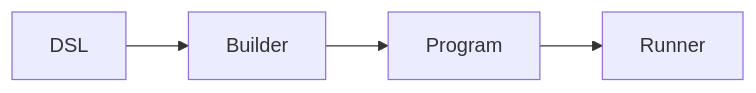
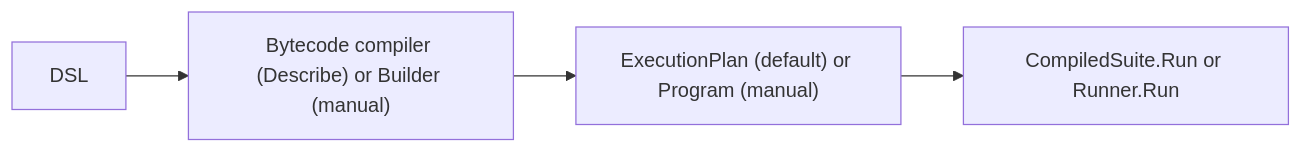
The first of 4 diagrams in docs/EXECUTION_MODEL.md (getsyntegrity/go-specs), drawn with Mermaid before and after one commit. The commit also changed other lines of this file and 17 other files, not shown here.

````diff
--- a/docs/EXECUTION_MODEL.md
+++ b/docs/EXECUTION_MODEL.md
@@ -11,6 +15,6 @@
 ```mermaid
 flowchart LR
-    DSL --> Builder
-    Builder --> Program
-    Program --> Runner
+    DSL --> Compiler["Bytecode compiler (Describe) or Builder (manual)"]
+    Compiler --> Plan["ExecutionPlan (default) or Program (manual)"]
+    Plan --> Run["CompiledSuite.Run or Runner.Run"]
 ```
````
